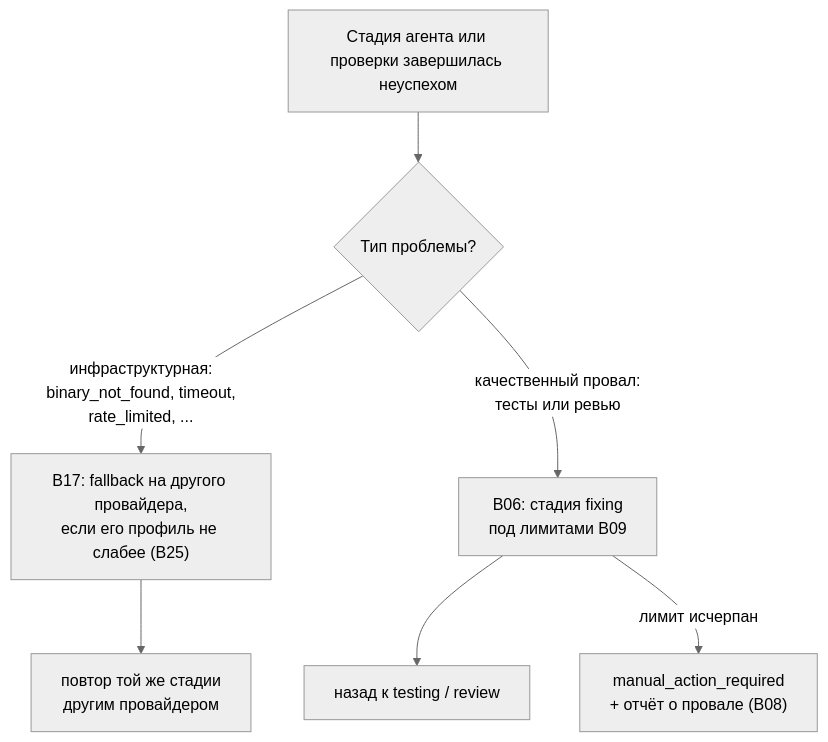
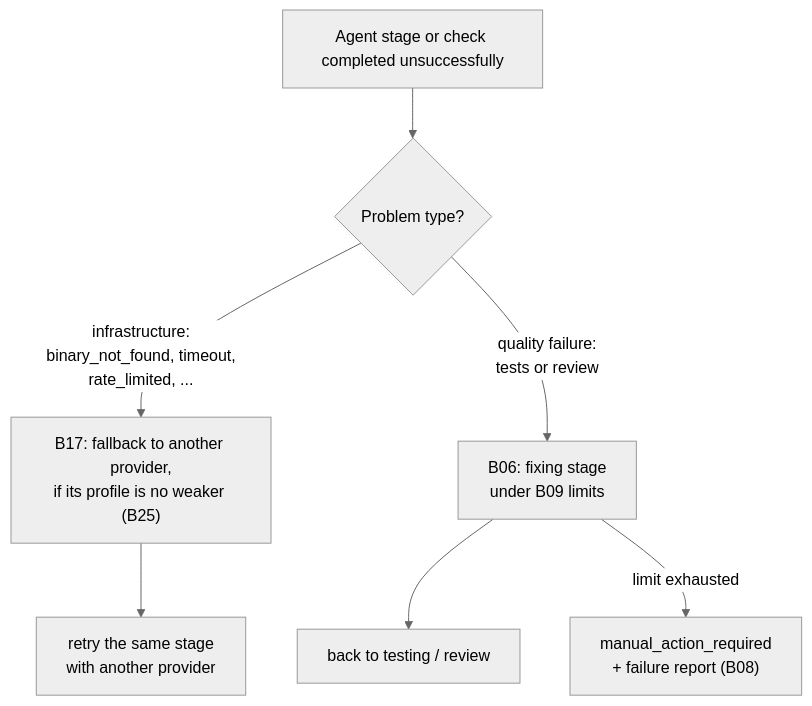
One commit to VladimirMakarevich/wastech-orchestrator changed the second of 2 diagrams in docs/functional/system-flows.md. Above: the diagram before and after it, drawn with Mermaid (neutral theme). The commit also changed other lines of this file and 41 other files, not shown here.

Commit message:
docs: translate system flows documentation from Russian to English, ensuring clarity and consistency in terminology. Update sequence diagrams and flowcharts to reflect the changes in language. Maintain the structure and references to blocks for ease of navigation.

````diff
--- a/docs/functional/system-flows.md
+++ b/docs/functional/system-flows.md
@@ -70,9 +70,9 @@
 ```mermaid
 flowchart TD
-    start["Стадия агента или проверки завершилась неуспехом"] --> q{"Тип проблемы?"}
-    q -->|"инфраструктурная:<br/>binary_not_found, timeout,<br/>rate_limited, ..."| infra["B17: fallback на другого провайдера,<br/>если его профиль не слабее (B25)"]
-    q -->|"качественный провал:<br/>тесты или ревью"| fix["B06: стадия fixing<br/>под лимитами B09"]
-    infra --> retry["повтор той же стадии<br/>другим провайдером"]
-    fix --> back["назад к testing / review"]
-    fix -->|"лимит исчерпан"| manual["manual_action_required<br/>+ отчёт о провале (B08)"]
+    start["Agent stage or check completed unsuccessfully"] --> q{"Problem type?"}
+    q -->|"infrastructure:<br/>binary_not_found, timeout,<br/>rate_limited, ..."| infra["B17: fallback to another provider,<br/>if its profile is no weaker (B25)"]
+    q -->|"quality failure:<br/>tests or review"| fix["B06: fixing stage<br/>under B09 limits"]
+    infra --> retry["retry the same stage<br/>with another provider"]
+    fix --> back["back to testing / review"]
+    fix -->|"limit exhausted"| manual["manual_action_required<br/>+ failure report (B08)"]
 ```
````
